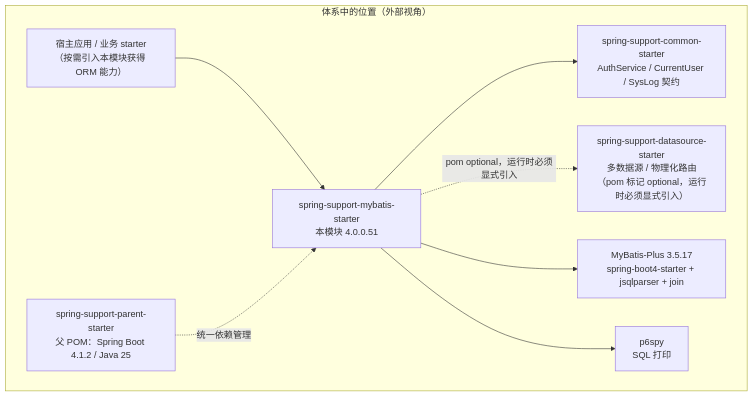
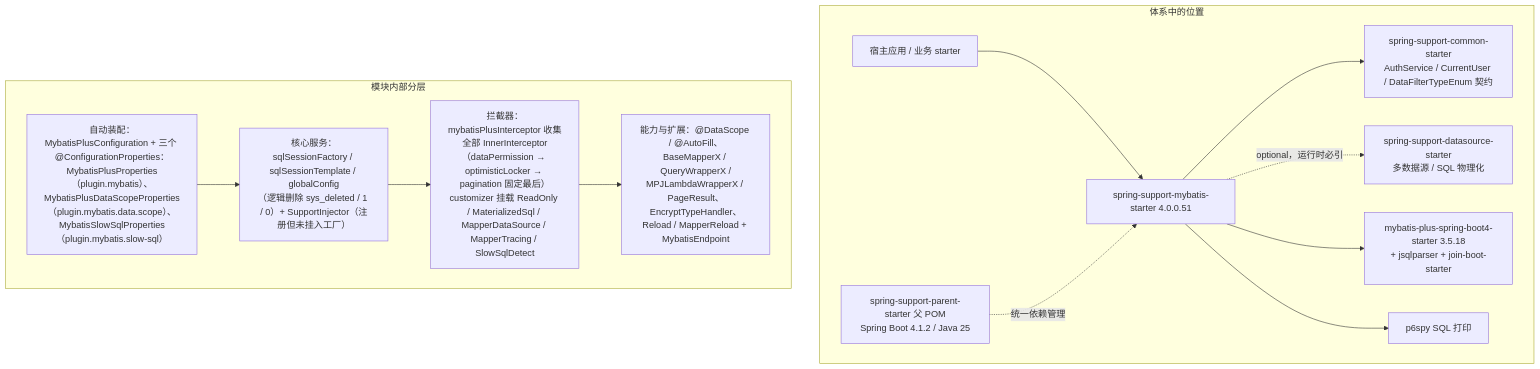
The first of 2 diagrams in spring-support-mybatis-starter/README.md (CHTK001/spring-support-parent-starter), drawn with Mermaid before and after one commit. The commit also changed other lines of this file and 54 other files, not shown here.

````diff
--- a/spring-support-mybatis-starter/README.md
+++ b/spring-support-mybatis-starter/README.md
@@ -9,18 +7,18 @@
 ```mermaid
-graph TB
-    subgraph EXT["体系中的位置（外部视角）"]
-        HOST["宿主应用 / 业务 starter<br/>（按需引入本模块获得 ORM 能力）"]
-        PARENT["spring-support-parent-starter<br/>父 POM：Spring Boot 4.1.2 / Java 25"]
-        MYBATIS["spring-support-mybatis-starter<br/>本模块 4.0.0.51"]
-        COMMON["spring-support-common-starter<br/>AuthService / CurrentUser / SysLog 契约"]
-        DS["spring-support-datasource-starter<br/>多数据源 / 物理化路由<br/>（pom 标记 optional，运行时必须显式引入）"]
-        MP["MyBatis-Plus 3.5.17<br/>spring-boot4-starter + jsqlparser + join"]
-        P6["p6spy<br/>SQL 打印"]
-        HOST --> MYBATIS
-        PARENT -. 统一依赖管理 .-> MYBATIS
-        MYBATIS --> COMMON
-        MYBATIS -. pom optional，运行时必须显式引入 .-> DS
-        MYBATIS --> MP
-        MYBATIS --> P6
+flowchart TB
+    subgraph EXT["体系中的位置"]
+        HOST["宿主应用 / 业务 starter"] --> MYBATIS["spring-support-mybatis-starter 4.0.0.51"]
+        PARENT["spring-support-parent-starter 父 POM<br/>Spring Boot 4.1.2 / Java 25"] -. 统一依赖管理 .-> MYBATIS
+        MYBATIS --> COMMON["spring-support-common-starter<br/>AuthService / CurrentUser / DataFilterTypeEnum 契约"]
+        MYBATIS -. optional，运行时必引 .-> DS["spring-support-datasource-starter<br/>多数据源 / SQL 物理化"]
+        MYBATIS --> MP["mybatis-plus-spring-boot4-starter 3.5.18<br/>+ jsqlparser + join-boot-starter"]
+        MYBATIS --> P6["p6spy SQL 打印"]
+    end
+    subgraph INNER["模块内部分层"]
+        CFG["自动装配：MybatisPlusConfiguration + 三个 @ConfigurationProperties：<br/>MybatisPlusProperties（plugin.mybatis）、MybatisPlusDataScopeProperties（plugin.mybatis.data.scope）、<br/>MybatisSlowSqlProperties（plugin.mybatis.slow-sql）"]
+        CORE["核心服务：sqlSessionFactory / sqlSessionTemplate / globalConfig<br/>（逻辑删除 sys_deleted / 1 / 0）+ SupportInjector（注册但未挂入工厂）"]
+        PLUG["拦截器：mybatisPlusInterceptor 收集全部 InnerInterceptor<br/>（dataPermission → optimisticLocker → pagination 固定最后）<br/>customizer 挂载 ReadOnly / MaterializedSql / MapperDataSource / MapperTracing / SlowSqlDetect"]
+        API["能力与扩展：@DataScope / @AutoFill、BaseMapperX / QueryWrapperX /<br/>MPJLambdaWrapperX / PageResult、EncryptTypeHandler、<br/>Reload / MapperReload + MybatisEndpoint"]
+        CFG --> CORE --> PLUG --> API
     end
 ```
````
